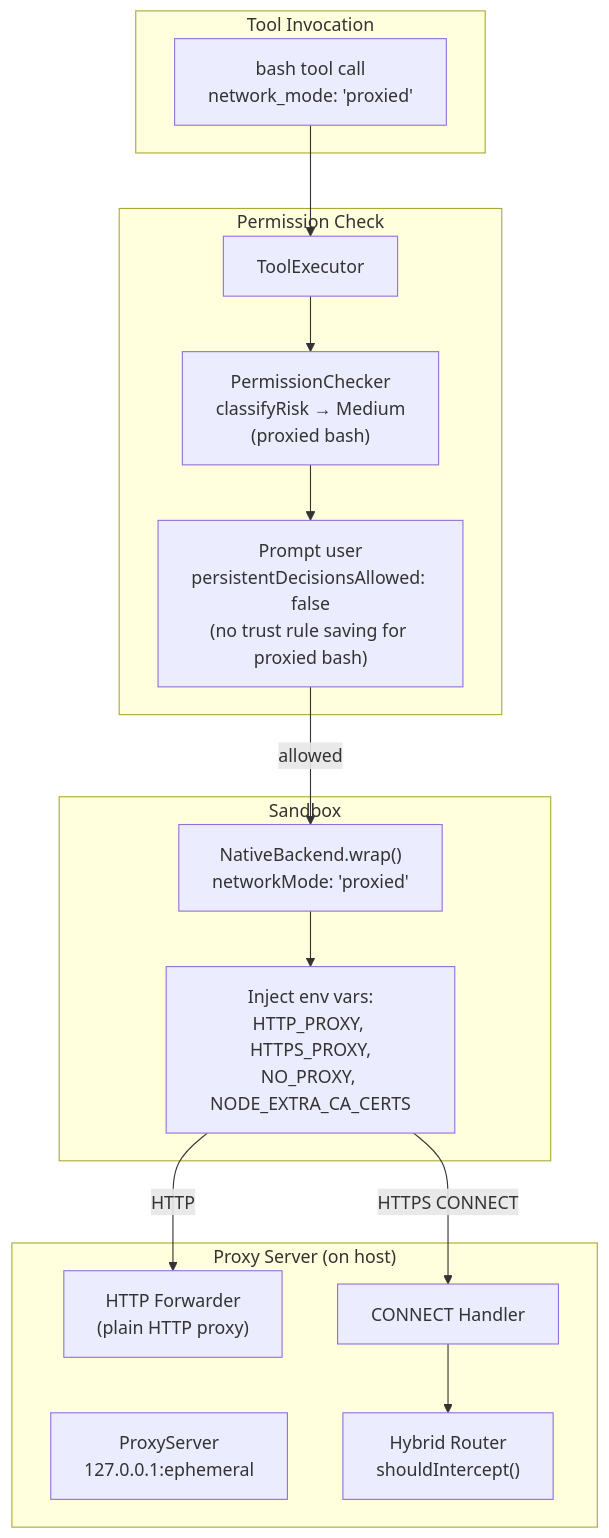
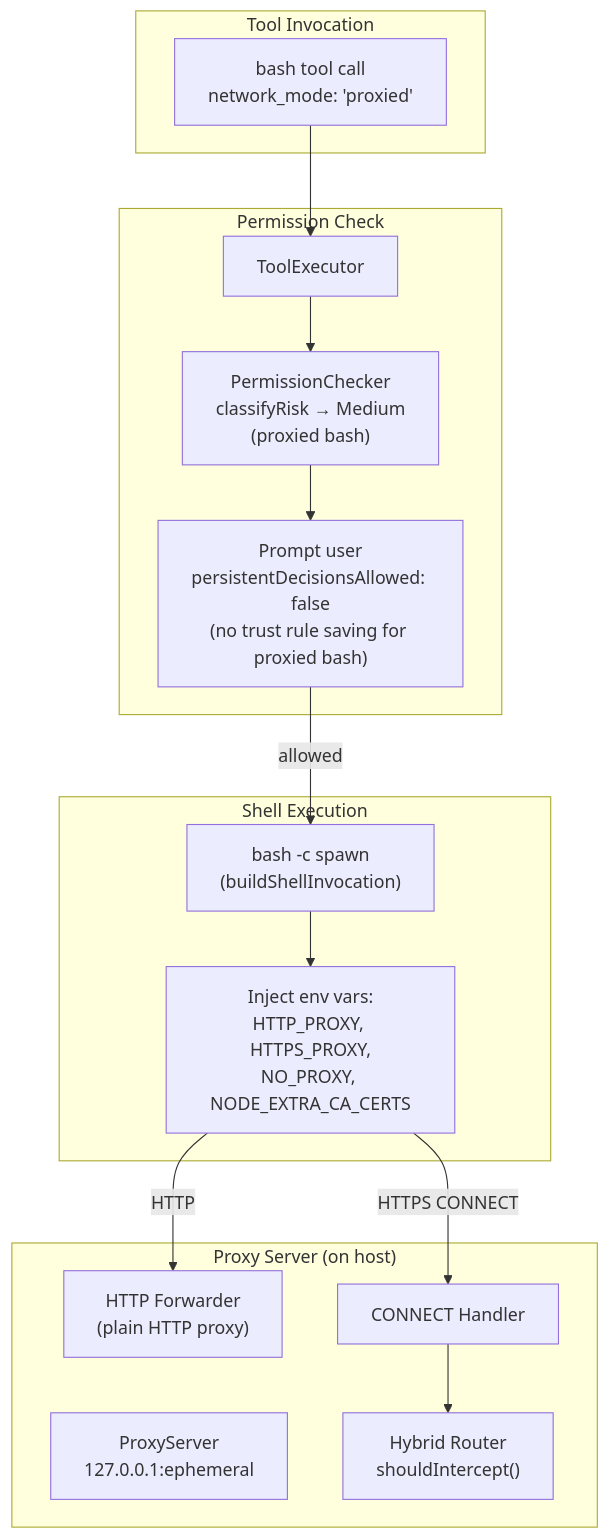
Before and after one commit to vellum-ai/vellum-assistant: the third of 7 diagrams in assistant/docs/architecture/integrations.md, drawn with Mermaid. The commit also changed other lines of this file and 6 other files, not shown here.

````diff
--- a/assistant/docs/architecture/integrations.md
+++ b/assistant/docs/architecture/integrations.md
@@ -274,33 +274,33 @@
 ```mermaid
 graph TB
     subgraph "Tool Invocation"
         BASH_CALL["bash tool call<br/>network_mode: 'proxied'"]
     end
 
     subgraph "Permission Check"
         EXECUTOR["ToolExecutor"]
         PERM["PermissionChecker<br/>classifyRisk → Medium<br/>(proxied bash)"]
         PROMPT["Prompt user<br/>persistentDecisionsAllowed: false<br/>(no trust rule saving for proxied bash)"]
     end
 
-    subgraph "Sandbox"
-        SANDBOX["NativeBackend.wrap()<br/>networkMode: 'proxied'"]
+    subgraph "Shell Execution"
+        SHELL["bash -c spawn<br/>(buildShellInvocation)"]
         ENV_INJECT["Inject env vars:<br/>HTTP_PROXY, HTTPS_PROXY,<br/>NO_PROXY, NODE_EXTRA_CA_CERTS"]
     end
 
     subgraph "Proxy Server (on host)"
         SERVER["ProxyServer<br/>127.0.0.1:ephemeral"]
         HTTP_FWD["HTTP Forwarder<br/>(plain HTTP proxy)"]
         CONNECT["CONNECT Handler"]
         ROUTER["Hybrid Router<br/>shouldIntercept()"]
     end
 
     BASH_CALL --> EXECUTOR
     EXECUTOR --> PERM
     PERM --> PROMPT
-    PROMPT -->|"allowed"| SANDBOX
-    SANDBOX --> ENV_INJECT
+    PROMPT -->|"allowed"| SHELL
+    SHELL --> ENV_INJECT
     ENV_INJECT -->|"HTTP"| HTTP_FWD
     ENV_INJECT -->|"HTTPS CONNECT"| CONNECT
     CONNECT --> ROUTER
 ```
````
